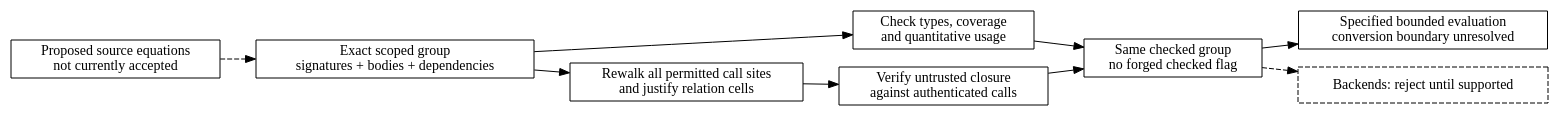
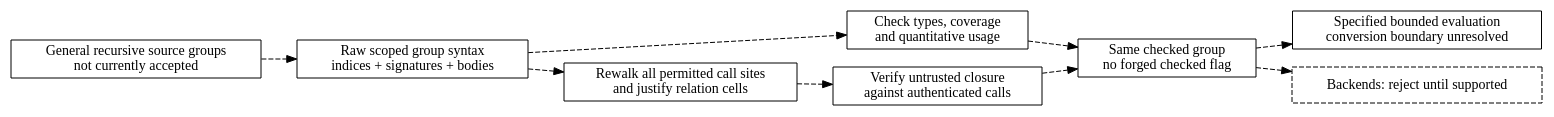
The diagram in docs/diagrams/recursive-groups-design.dot (odunboye/fibril), drawn with Graphviz before and after one commit. The commit also changed 8 other files, not shown here.

Commit message:
Represent scoped recursive core groups

```diff
--- a/docs/diagrams/recursive-groups-design.dot
+++ b/docs/diagrams/recursive-groups-design.dot
@@ -1,17 +1,20 @@
 digraph RecursiveGroupsDesign {
   rankdir=LR;
   node [shape=box];
-  source [label="Proposed source equations\nnot currently accepted"];
-  group [label="Exact scoped group\nsignatures + bodies + dependencies"];
+  source [label="General recursive source groups\nnot currently accepted"];
+  group [label="Raw scoped group syntax\nindices + signatures + bodies"];
   typing [label="Check types, coverage\nand quantitative usage"];
   calls [label="Rewalk all permitted call sites\nand justify relation cells"];
   cert [label="Verify untrusted closure\nagainst authenticated calls"];
   artifact [label="Same checked group\nno forged checked flag"];
   evaluate [label="Specified bounded evaluation\nconversion boundary unresolved"];
   backend [label="Backends: reject until supported", style=dashed];
   source -> group [style=dashed];
-  group -> typing -> artifact;
-  group -> calls -> cert -> artifact;
-  artifact -> evaluate;
+  group -> typing [style=dashed];
+  typing -> artifact [style=dashed];
+  group -> calls [style=dashed];
+  calls -> cert [style=dashed];
+  cert -> artifact [style=dashed];
+  artifact -> evaluate [style=dashed];
   artifact -> backend [style=dashed];
 }
```
